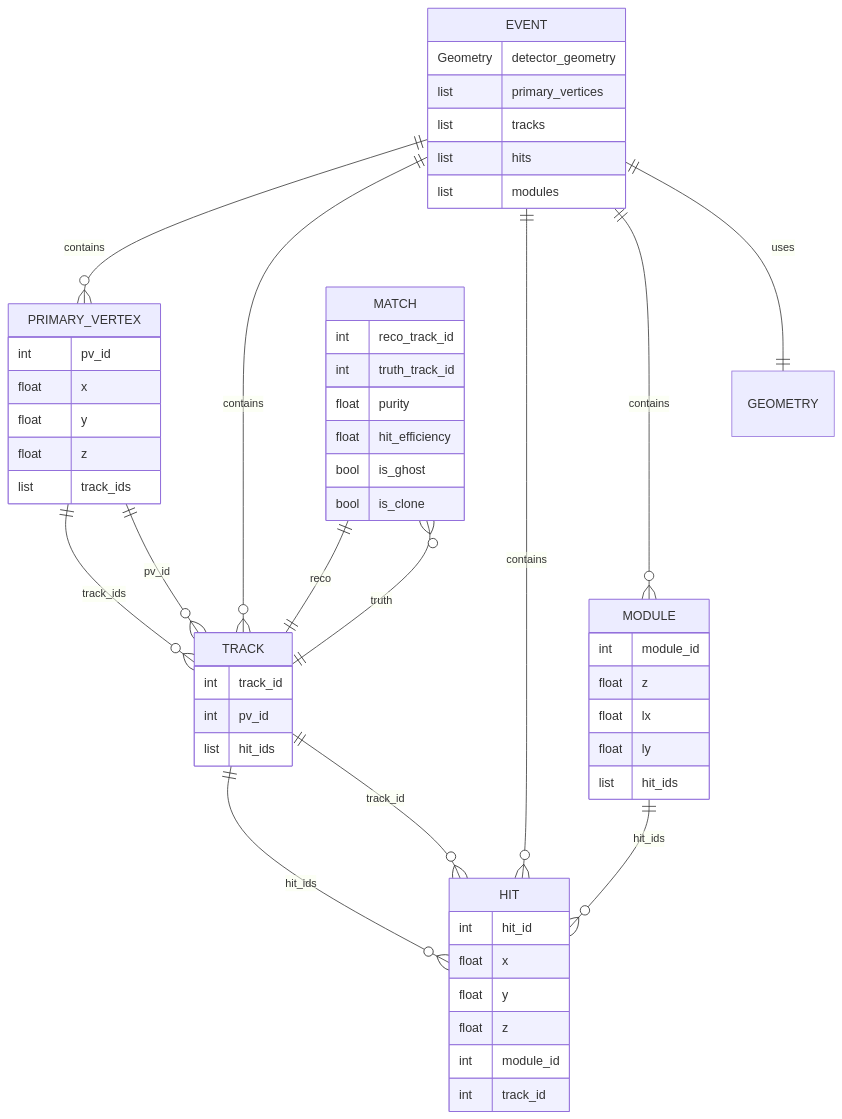
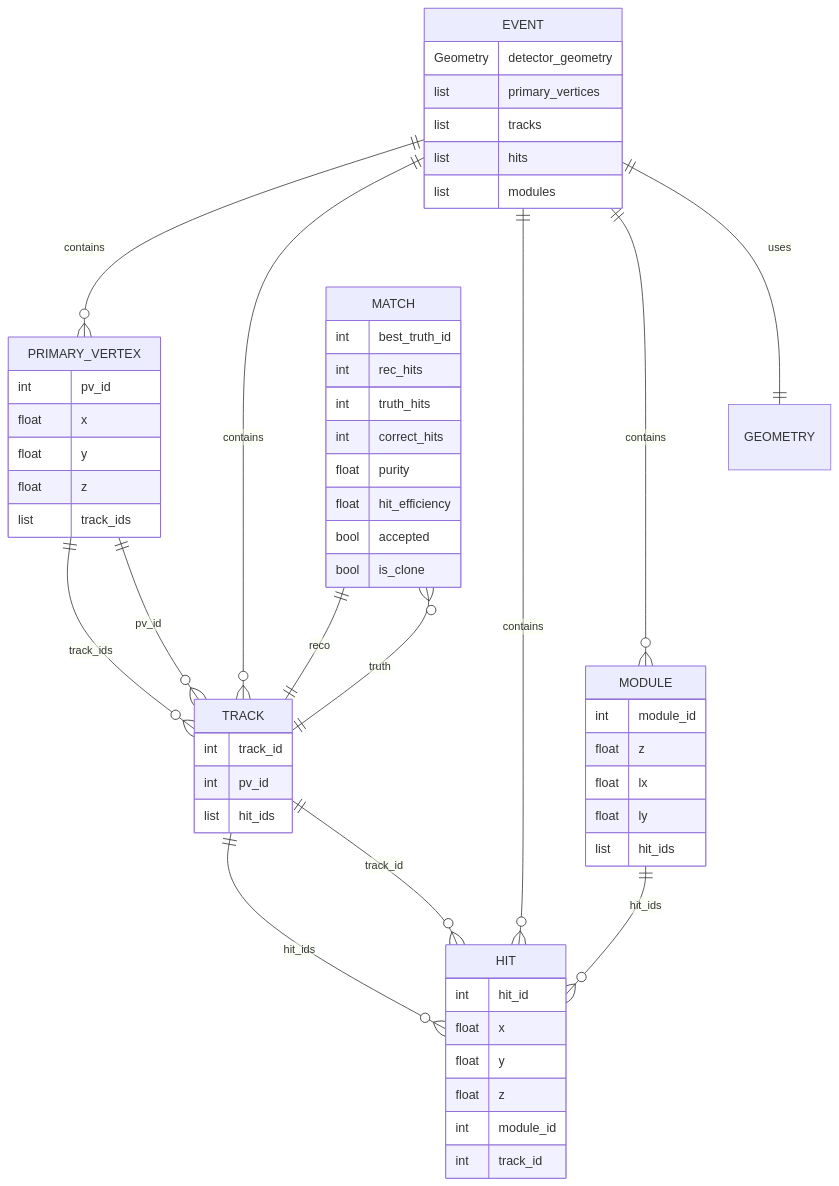
One commit to GeorgeWilliam1999/LHCb_VeLo_Toy_Model changed diagram 13 of 13 in docs/WORKFLOW_OVERVIEW.md. Above: the diagram before and after it, drawn with Mermaid. The commit also changed other lines of this file and 14 other files, not shown here.

````diff
--- a/docs/WORKFLOW_OVERVIEW.md
+++ b/docs/WORKFLOW_OVERVIEW.md
@@ -847,66 +850,68 @@
 ```mermaid
 erDiagram
     EVENT ||--o{ PRIMARY_VERTEX : contains
     EVENT ||--o{ TRACK : contains
     EVENT ||--o{ HIT : contains
     EVENT ||--o{ MODULE : contains
     EVENT ||--|| GEOMETRY : uses
     
     PRIMARY_VERTEX ||--o{ TRACK : "track_ids"
     TRACK ||--o{ HIT : "hit_ids"
     TRACK }o--|| PRIMARY_VERTEX : "pv_id"
     HIT }o--|| TRACK : "track_id"
     
     MODULE ||--o{ HIT : "hit_ids"
     
     MATCH ||--|| TRACK : "reco"
     MATCH }o--|| TRACK : "truth"
     
     EVENT {
         Geometry detector_geometry
         list primary_vertices
         list tracks
         list hits
         list modules
     }
     
     PRIMARY_VERTEX {
         int pv_id
         float x
         float y
         float z
         list track_ids
     }
     
     TRACK {
         int track_id
         int pv_id
         list hit_ids
     }
     
     HIT {
         int hit_id
         float x
         float y
         float z
         int module_id
         int track_id
     }
     
     MODULE {
         int module_id
         float z
         float lx
         float ly
         list hit_ids
     }
     
     MATCH {
-        int reco_track_id
-        int truth_track_id
+        int best_truth_id
+        int rec_hits
+        int truth_hits
+        int correct_hits
         float purity
         float hit_efficiency
-        bool is_ghost
+        bool accepted
         bool is_clone
     }
 ```
````
